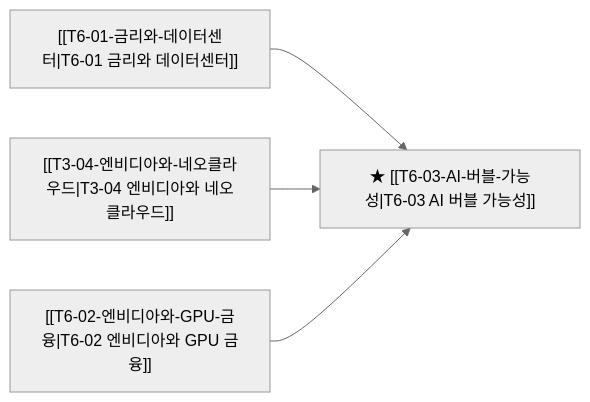
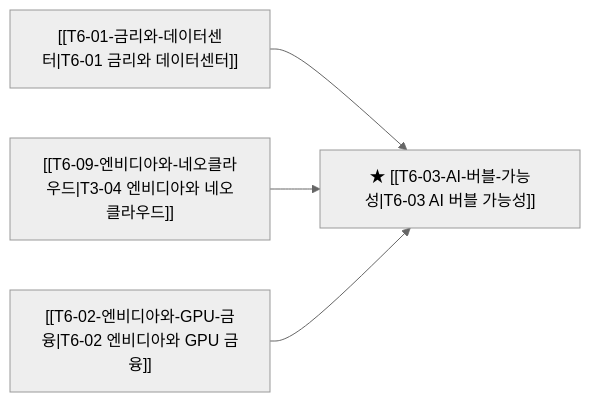
One commit to zoofighter/b_0901_Argus_pulse changed the diagram in thesis/T6-03-AI-버블-가능성.md. Above: the diagram before and after it, drawn with Mermaid (neutral theme). The commit also changed other lines of this file and 94 other files, not shown here.

````diff
--- a/thesis/T6-03-AI-버블-가능성.md
+++ b/thesis/T6-03-AI-버블-가능성.md
@@ -70,6 +72,6 @@
 ```mermaid
 graph LR
     P_T_05["[[T6-01-금리와-데이터센터|T6-01 금리와 데이터센터]]"] --> T_T_37["★ [[T6-03-AI-버블-가능성|T6-03 AI 버블 가능성]]"]
-    P_T_08["[[T3-04-엔비디아와-네오클라우드|T3-04 엔비디아와 네오클라우드]]"] --> T_T_37["★ [[T6-03-AI-버블-가능성|T6-03 AI 버블 가능성]]"]
+    P_T_08["[[T6-09-엔비디아와-네오클라우드|T3-04 엔비디아와 네오클라우드]]"] --> T_T_37["★ [[T6-03-AI-버블-가능성|T6-03 AI 버블 가능성]]"]
     P_T_09["[[T6-02-엔비디아와-GPU-금융|T6-02 엔비디아와 GPU 금융]]"] --> T_T_37["★ [[T6-03-AI-버블-가능성|T6-03 AI 버블 가능성]]"]
 ```
````
